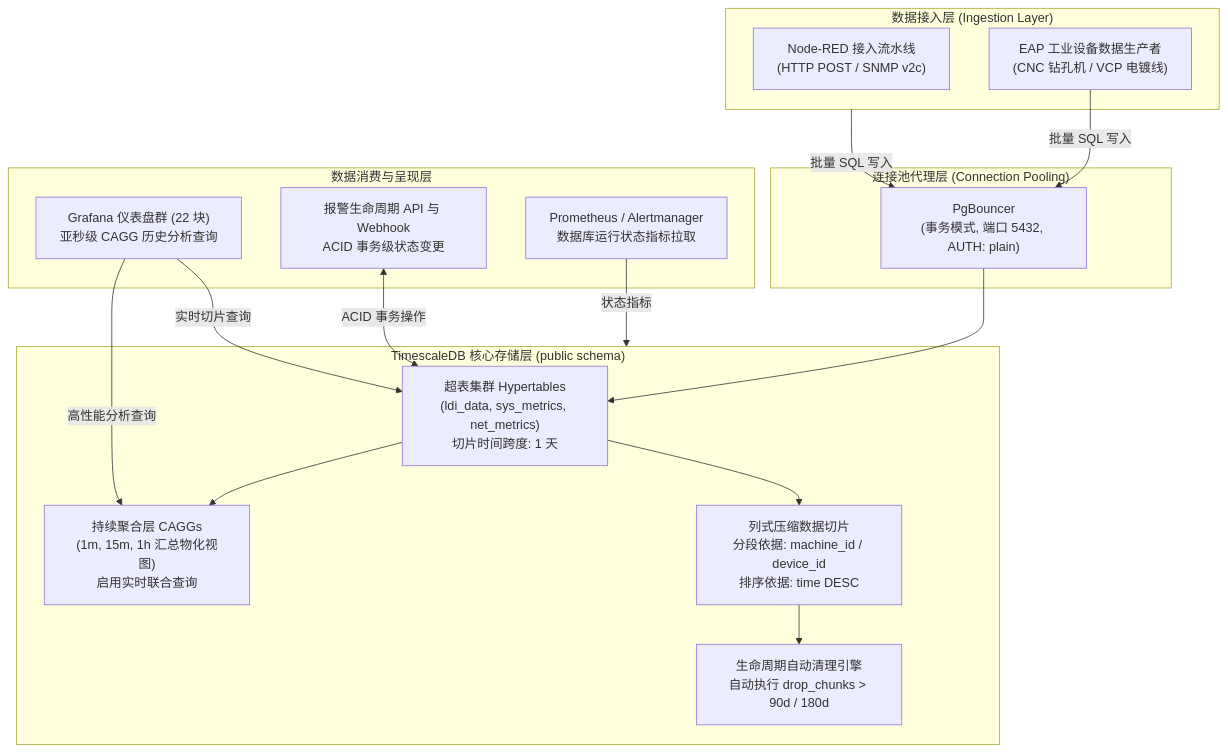
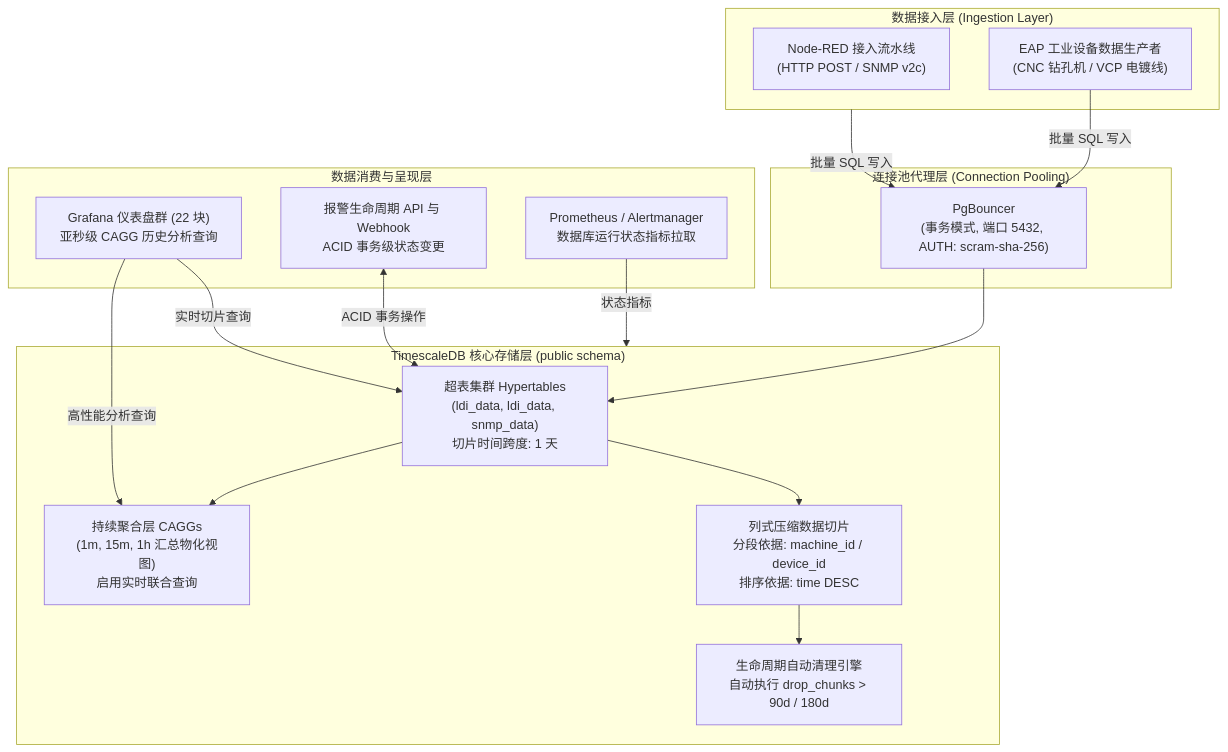
One commit to PATTANAKORN025/IMS changed the diagram in zh-CN/docs/architecture/decisions/0002-timescaledb-for-timeseries.md. Above: the diagram before and after it, drawn with Mermaid. The commit also changed 36 other files, not shown here.

First line of the commit message:
fix(docs): reconcile 115 mermaid diagrams with architecture across 3 languages

````diff
--- a/zh-CN/docs/architecture/decisions/0002-timescaledb-for-timeseries.md
+++ b/zh-CN/docs/architecture/decisions/0002-timescaledb-for-timeseries.md
@@ -82,48 +82,48 @@
 ```mermaid
 flowchart TD
   subgraph INGEST["数据接入层 (Ingestion Layer)"]
     NR["Node-RED 接入流水线
 (HTTP POST / SNMP v2c)"]
     EAP["EAP 工业设备数据生产者
 (CNC 钻孔机 / VCP 电镀线)"]
   end
 
   subgraph POOL["连接池代理层 (Connection Pooling)"]
     PGB["PgBouncer
-(事务模式, 端口 5432, AUTH: plain)"]
+(事务模式, 端口 5432, AUTH: scram-sha-256)"]
   end
 
   subgraph STORAGE["TimescaleDB 核心存储层 (public schema)"]
     HT["超表集群 Hypertables
-(ldi_data, sys_metrics, net_metrics)
+(ldi_data, ldi_data, snmp_data)
 切片时间跨度: 1 天"]
     CAGG["持续聚合层 CAGGs
 (1m, 15m, 1h 汇总物化视图)
 启用实时联合查询"]
     COMP["列式压缩数据切片
 分段依据: machine_id / device_id
 排序依据: time DESC"]
     RET["生命周期自动清理引擎
 自动执行 drop_chunks > 90d / 180d"]
   end
 
   subgraph CLIENTS["数据消费与呈现层"]
     GRAF["Grafana 仪表盘群 (22 块)
 亚秒级 CAGG 历史分析查询"]
     ALARM["报警生命周期 API 与 Webhook
 ACID 事务级状态变更"]
     PROM["Prometheus / Alertmanager
 数据库运行状态指标拉取"]
   end
 
   INGEST -->|批量 SQL 写入| PGB
   EAP -->|批量 SQL 写入| PGB
   PGB --> HT
   HT --> CAGG
   HT --> COMP
   COMP --> RET
   GRAF -->|高性能分析查询| CAGG
   GRAF -->|实时切片查询| HT
   ALARM <-->|ACID 事务操作| HT
   PROM -->|状态指标| STORAGE
 ```
````
